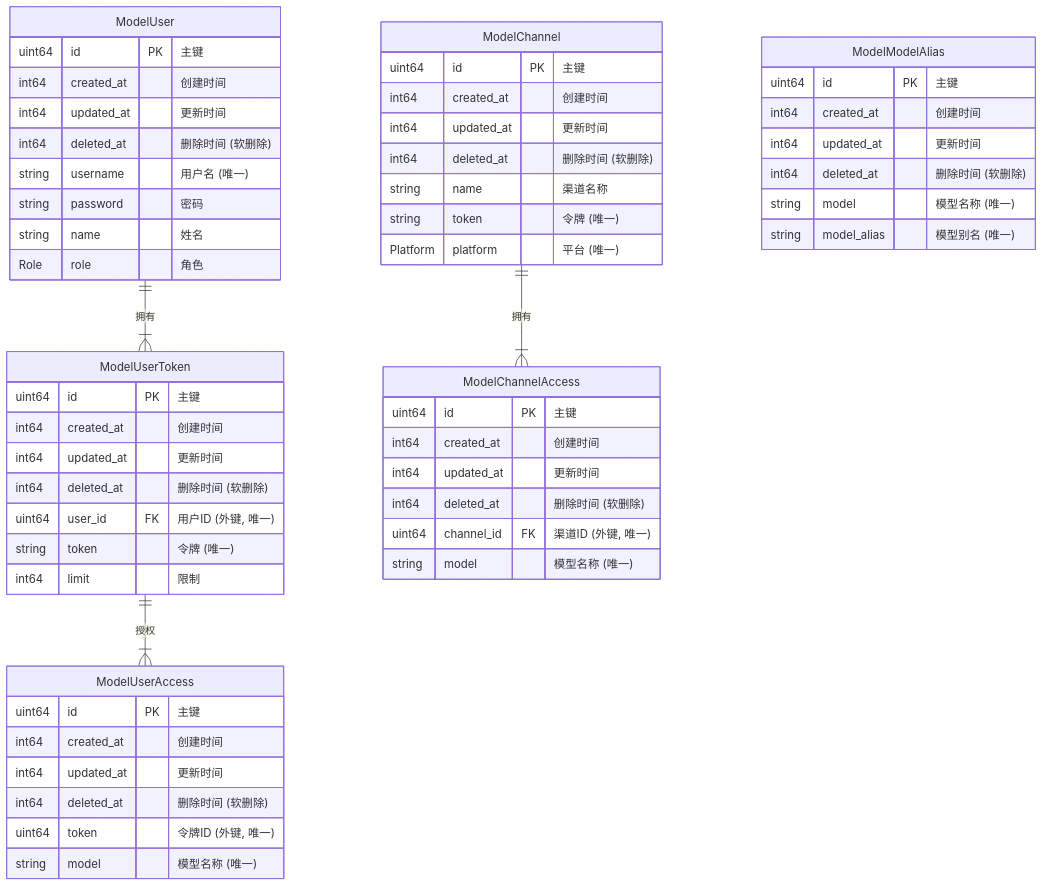
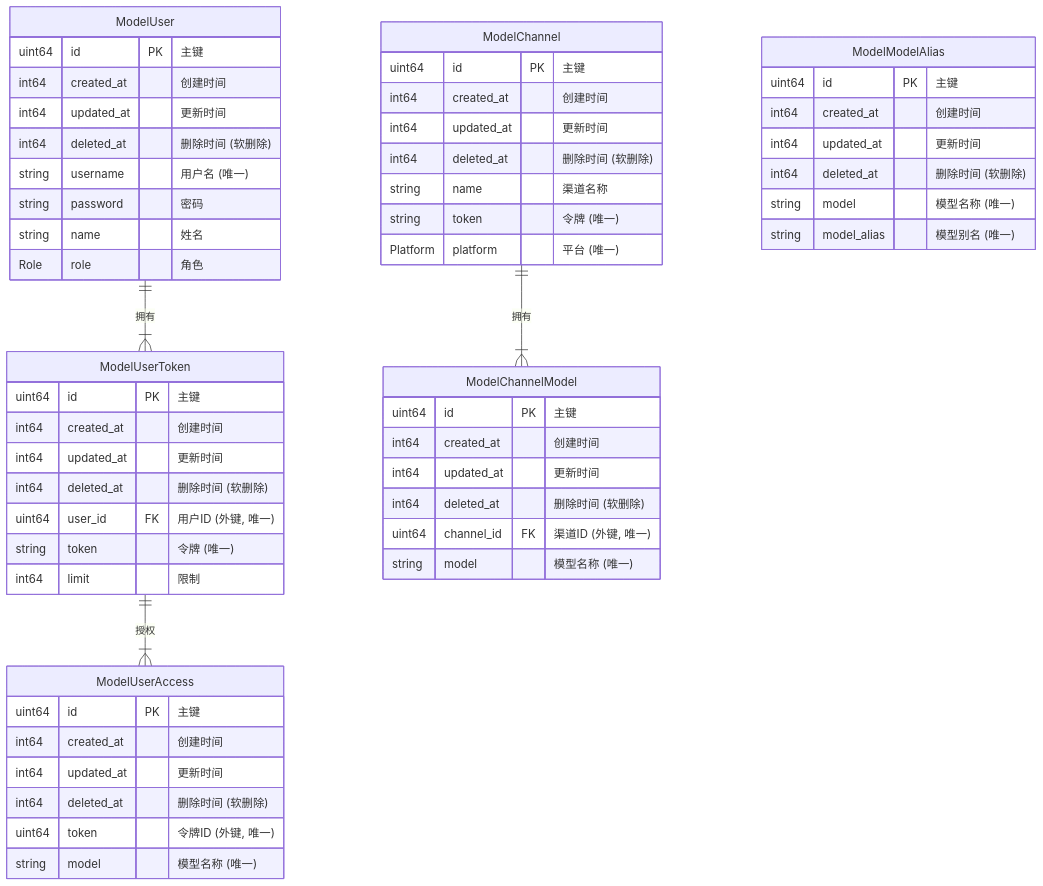
The diagram in assets/public/docs/database.md (lazygophers/aiload), drawn with Mermaid before and after one commit. The commit also changed other lines of this file and 40 other files, not shown here.

````diff
--- a/assets/public/docs/database.md
+++ b/assets/public/docs/database.md
@@ -9,64 +9,64 @@
 ```mermaid
 erDiagram
     ModelUser {
         uint64 id PK "主键"
         int64 created_at "创建时间"
         int64 updated_at "更新时间"
         int64 deleted_at "删除时间 (软删除)"
         string username "用户名 (唯一)"
         string password "密码"
         string name "姓名"
         Role role "角色"
     }
 
     ModelUserToken {
         uint64 id PK "主键"
         int64 created_at "创建时间"
         int64 updated_at "更新时间"
         int64 deleted_at "删除时间 (软删除)"
         uint64 user_id FK "用户ID (外键, 唯一)"
         string token "令牌 (唯一)"
         int64 limit "限制"
     }
 
     ModelUserAccess {
         uint64 id PK "主键"
         int64 created_at "创建时间"
         int64 updated_at "更新时间"
         int64 deleted_at "删除时间 (软删除)"
         uint64 token "令牌ID (外键, 唯一)"
         string model "模型名称 (唯一)"
     }
 
     ModelChannel {
         uint64 id PK "主键"
         int64 created_at "创建时间"
         int64 updated_at "更新时间"
         int64 deleted_at "删除时间 (软删除)"
         string name "渠道名称"
         string token "令牌 (唯一)"
         Platform platform "平台 (唯一)"
     }
 
-    ModelChannelAccess {
+    ModelChannelModel {
         uint64 id PK "主键"
         int64 created_at "创建时间"
         int64 updated_at "更新时间"
         int64 deleted_at "删除时间 (软删除)"
         uint64 channel_id FK "渠道ID (外键, 唯一)"
         string model "模型名称 (唯一)"
     }
 
     ModelModelAlias {
         uint64 id PK "主键"
         int64 created_at "创建时间"
         int64 updated_at "更新时间"
         int64 deleted_at "删除时间 (软删除)"
         string model "模型名称 (唯一)"
         string model_alias "模型别名 (唯一)"
     }
 
     ModelUser         ||--|{ ModelUserToken : "拥有"
     ModelUserToken    ||--|{ ModelUserAccess : "授权"
-    ModelChannel      ||--|{ ModelChannelAccess : "拥有"
+    ModelChannel      ||--|{ ModelChannelModel : "拥有"
 ```
````
